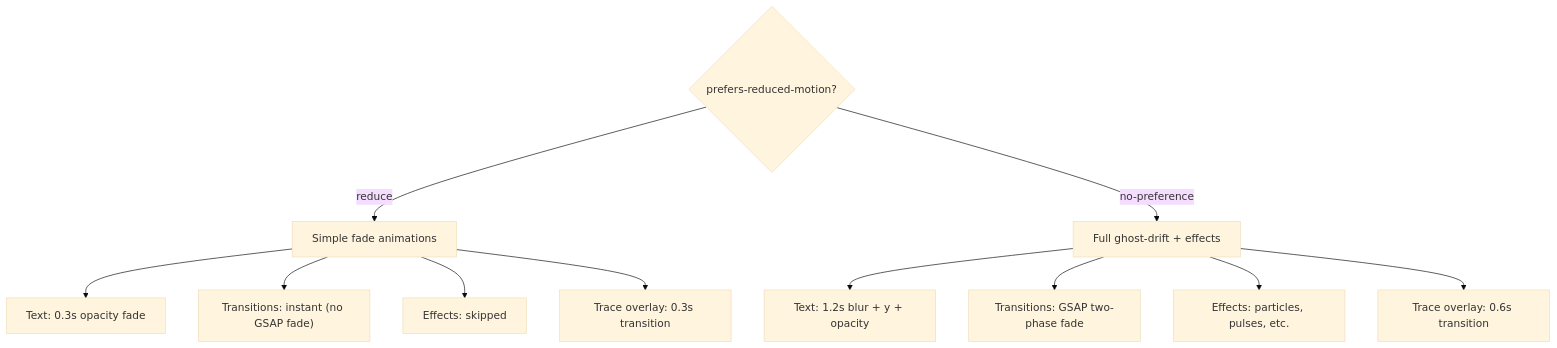
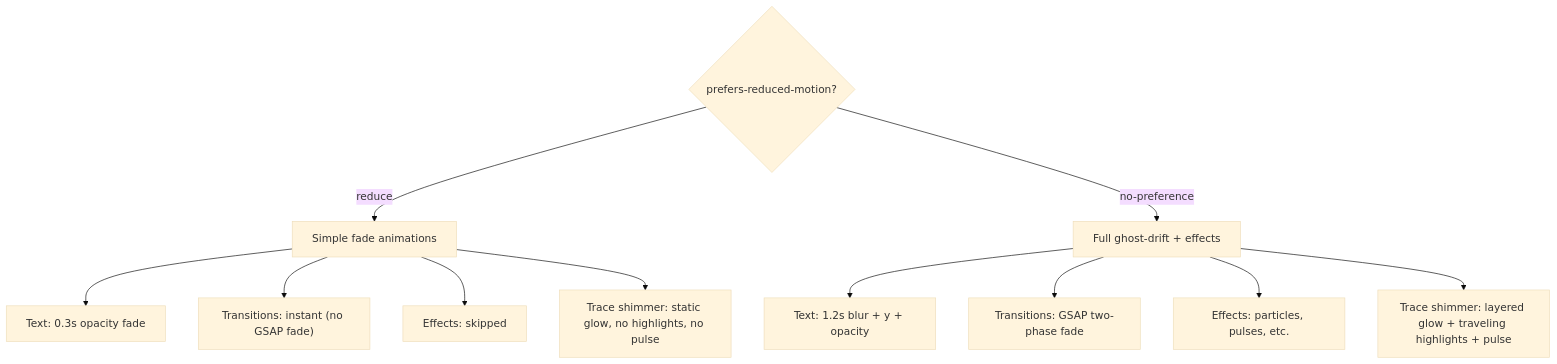
One commit to anchildress1/carbon-trace changed the second of 3 diagrams in docs/accessibility.md. Above: the diagram before and after it, drawn with Mermaid (base theme). The commit also changed other lines of this file and 3 other files, not shown here.

````diff
--- a/docs/accessibility.md
+++ b/docs/accessibility.md
@@ -62,15 +63,15 @@
 ```mermaid
 flowchart TD
     A{prefers-reduced-motion?} -->|reduce| B[Simple fade animations]
     A -->|no-preference| C[Full ghost-drift + effects]
 
     B --> D["Text: 0.3s opacity fade"]
     B --> E["Transitions: instant (no GSAP fade)"]
     B --> F["Effects: skipped"]
-    B --> G["Trace overlay: 0.3s transition"]
+    B --> G["Trace shimmer: static glow, no highlights, no pulse"]
 
     C --> H["Text: 1.2s blur + y + opacity"]
     C --> I["Transitions: GSAP two-phase fade"]
     C --> J["Effects: particles, pulses, etc."]
-    C --> K["Trace overlay: 0.6s transition"]
+    C --> K["Trace shimmer: layered glow + traveling highlights + pulse"]
 ```
````
